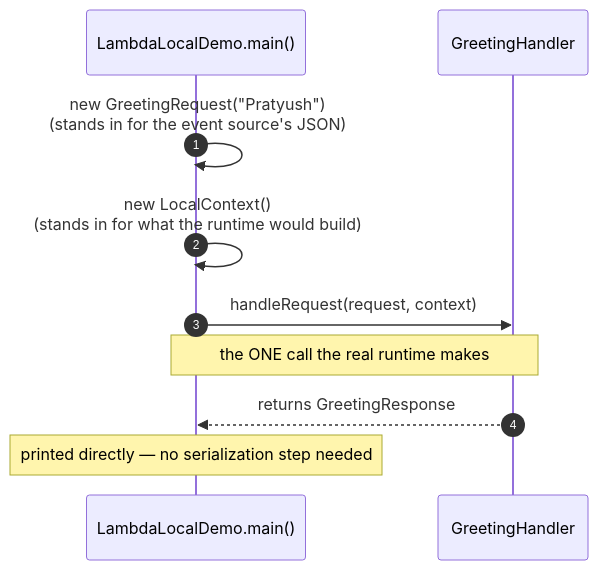
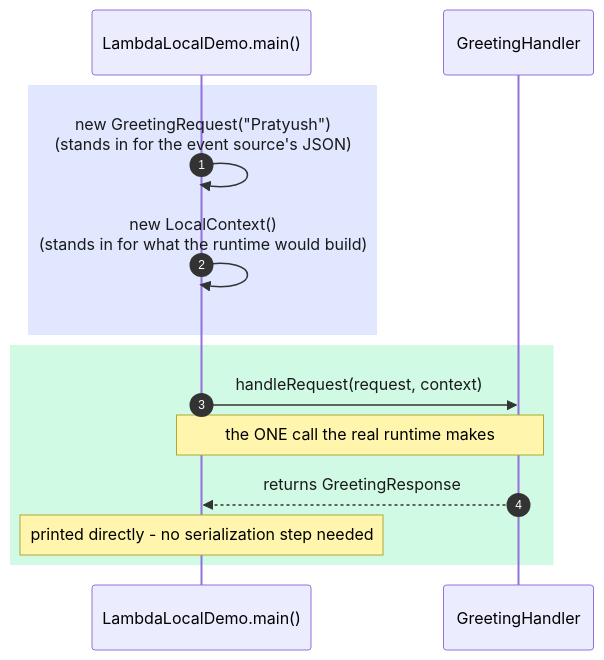
One commit to Pratyush576/CodingPractice changed the second of 2 diagrams in lib/src/main/java/org/pk/practices/aws/lambda/README.md. Above: the diagram before and after it, drawn with Mermaid. The commit also changed other lines of this file and 5 other files, not shown here.

Commit message:
Enhanced the diagrams

````diff
--- a/lib/src/main/java/org/pk/practices/aws/lambda/README.md
+++ b/lib/src/main/java/org/pk/practices/aws/lambda/README.md
@@ -75,13 +82,18 @@
 ```mermaid
+%%{init: {'themeVariables': {'signalTextColor': '#1a1a1a', 'loopTextColor': '#1a1a1a'}}}%%
 sequenceDiagram
     autonumber
     participant Main as LambdaLocalDemo.main()
     participant Handler as GreetingHandler
 
+    rect rgb(224, 231, 255)
     Main->>Main: new GreetingRequest("Pratyush")<br/>(stands in for the event source's JSON)
     Main->>Main: new LocalContext()<br/>(stands in for what the runtime would build)
+    end
+    rect rgb(209, 250, 229)
     Main->>Handler: handleRequest(request, context)
     Note over Main,Handler: the ONE call the real runtime makes
     Handler-->>Main: returns GreetingResponse
-    Note over Main: printed directly — no serialization step needed
+    Note over Main: printed directly - no serialization step needed
+    end
 ```
````
